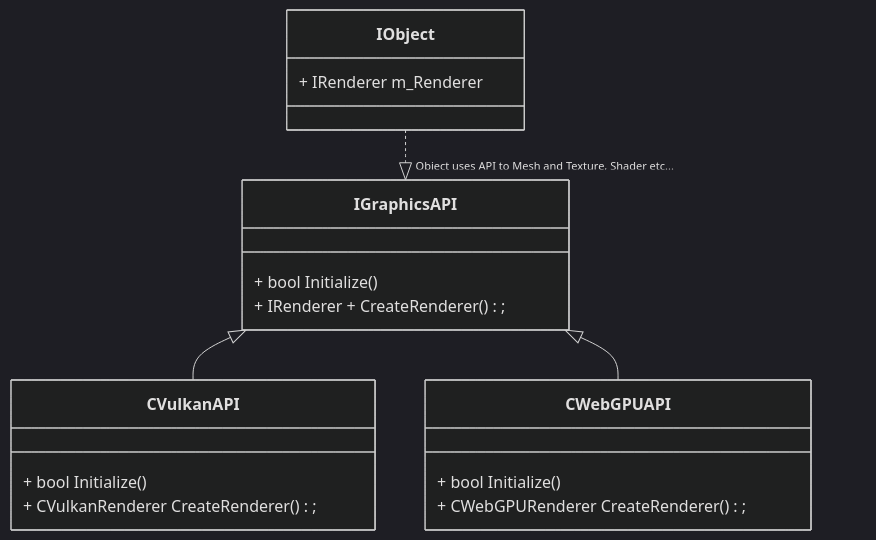
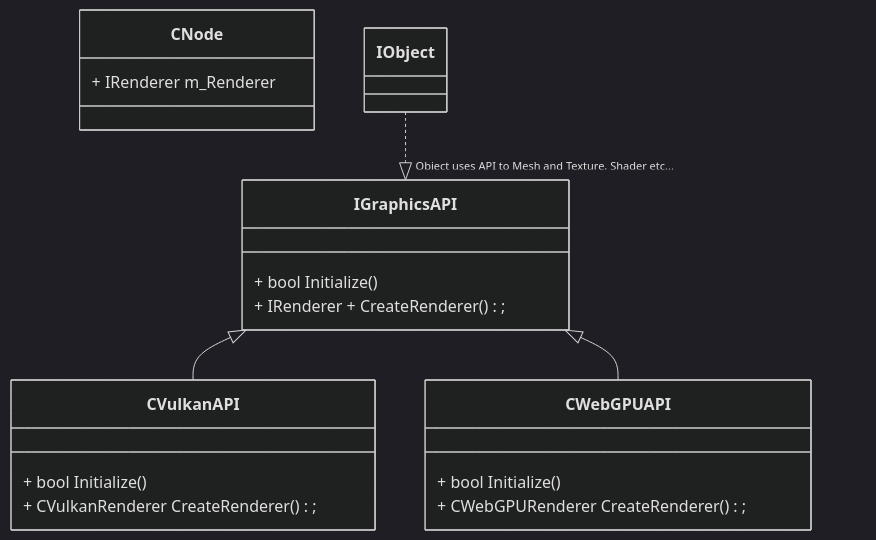
Before and after one commit to HaruoOgawa/Garnet: the diagram in Garnet/UML/GraphicsStructure.md, drawn with Mermaid (dark theme).

````diff
--- a/Garnet/UML/GraphicsStructure.md
+++ b/Garnet/UML/GraphicsStructure.md
@@ -1,28 +1,28 @@
 ```mermaid
 classDiagram
-  class IObject{
+  class CNode{
     + IRenderer m_Renderer
   }
 
   class IGraphicsAPI{
     + bool Initialize()
     + IRenderer + CreateRenderer();
   }
   
   IObject ..|> "Object uses API to Mesh and Texture, Shader etc..." IGraphicsAPI
 
   class CVulkanAPI{
     + bool Initialize()
     + CVulkanRenderer CreateRenderer();
   }
   
   IGraphicsAPI <|-- CVulkanAPI
   
   class CWebGPUAPI{
     + bool Initialize()
     + CWebGPURenderer CreateRenderer();
   }
   
   IGraphicsAPI <|-- CWebGPUAPI
 
 ```
````
